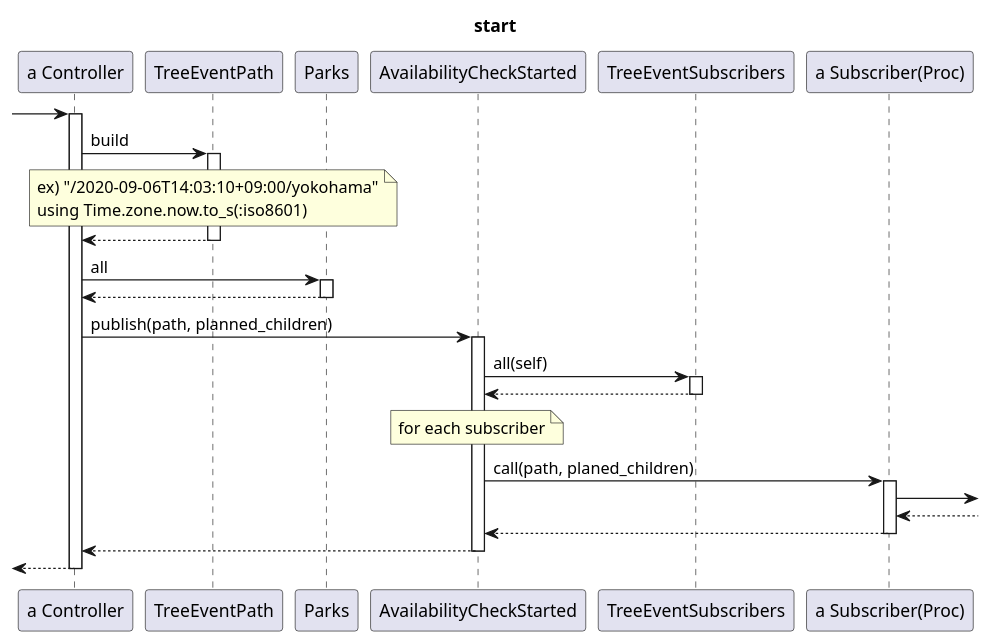
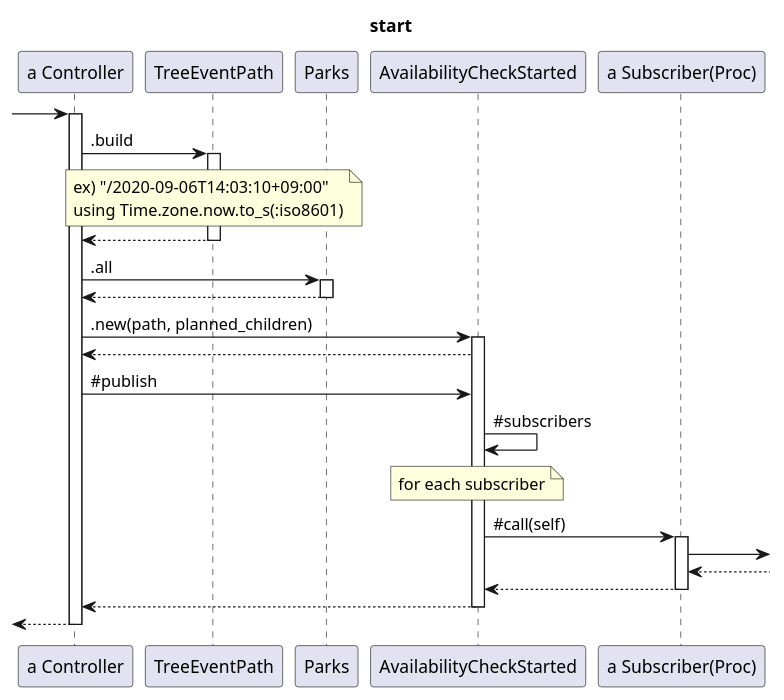
Before and after one commit to mokuo/tennis-court-agent: the first of 4 diagrams in docs/yokohama/yokohama.pu, drawn with PlantUML. The commit also changed other lines of this file and 4 other files, not shown here.

Commit message:
s PlantUML でシーケンス図を作成

```diff
--- a/docs/yokohama/yokohama.pu
+++ b/docs/yokohama/yokohama.pu
@@ -1,41 +1,40 @@
 @startuml start
 title start
 
 -> "a Controller"
 activate "a Controller"
-  "a Controller" -> TreeEventPath: build
+  "a Controller" -> TreeEventPath: .build
   activate TreeEventPath
     note over TreeEventPath
-      ex) "/2020-09-06T14:03:10+09:00/yokohama"
+      ex) "/2020-09-06T14:03:10+09:00"
       using Time.zone.now.to_s(:iso8601)
     end note
   "a Controller" <-- TreeEventPath
   deactivate TreeEventPath
 
-  "a Controller" -> Parks: all
+  "a Controller" -> Parks: .all
   activate Parks
   "a Controller" <-- Parks
   deactivate Parks
 
-  "a Controller" -> AvailabilityCheckStarted: publish(path, planned_children)
+  "a Controller" -> AvailabilityCheckStarted: .new(path, planned_children)
   activate AvailabilityCheckStarted
-    AvailabilityCheckStarted -> TreeEventSubscribers: all(self)
-    activate TreeEventSubscribers
-    AvailabilityCheckStarted <-- TreeEventSubscribers
-    deactivate TreeEventSubscribers
+    "a Controller" <-- AvailabilityCheckStarted
+    "a Controller" -> AvailabilityCheckStarted: ~#publish
+    AvailabilityCheckStarted -> AvailabilityCheckStarted: ~#subscribers
 
     note over "AvailabilityCheckStarted"
       for each subscriber
     end note
 
-    AvailabilityCheckStarted -> "a Subscriber(Proc)": call(path, planed_children)
+    AvailabilityCheckStarted -> "a Subscriber(Proc)": ~#call(self)
     activate "a Subscriber(Proc)"
       "a Subscriber(Proc)" ->
       "a Subscriber(Proc)" <--
     AvailabilityCheckStarted <-- "a Subscriber(Proc)"
     deactivate "a Subscriber(Proc)"
   "a Controller" <-- AvailabilityCheckStarted
   deactivate AvailabilityCheckStarted
 <-- "a Controller"
 deactivate "a Controller"
 @enduml
```
